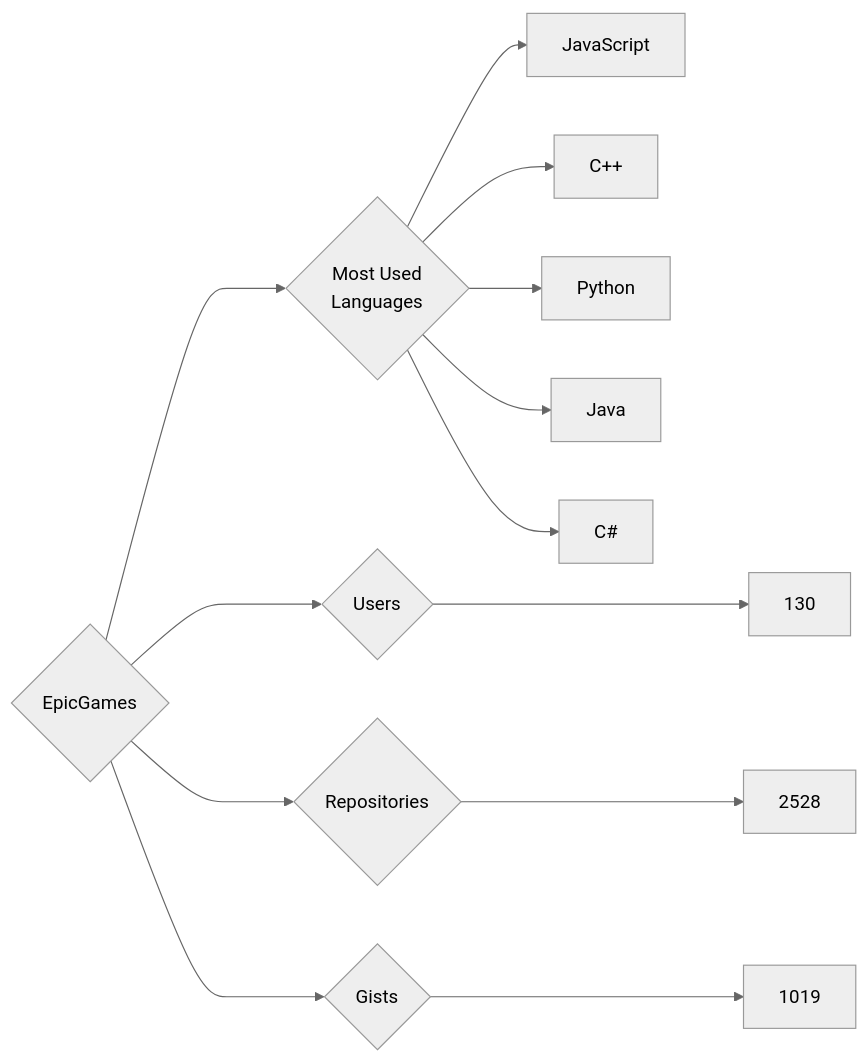
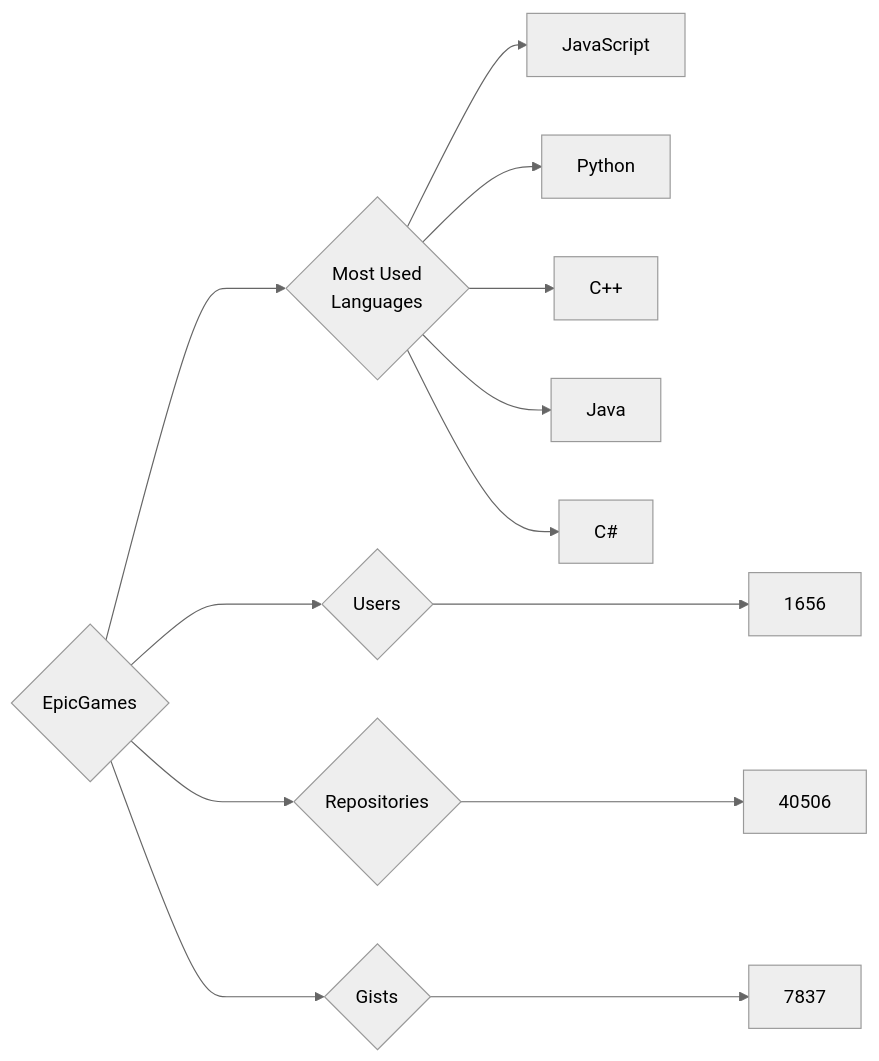
The diagram in targets/EpicGames/README.md (trickest/insiders), drawn with Mermaid (neutral theme) before and after one commit. The commit also changed 878 other files, not shown here.

````diff
--- a/targets/EpicGames/README.md
+++ b/targets/EpicGames/README.md
@@ -3,13 +3,13 @@
 ```mermaid
 graph LR
 COMPANY_NAME{EpicGames}
-COMPANY_NAME ---> U{Users} ---> UN[130]
-COMPANY_NAME ---> R{Repositories} ---> RN[2528]
-COMPANY_NAME ---> G{Gists} ---> GN[1019]
+COMPANY_NAME ---> U{Users} ---> UN[1656]
+COMPANY_NAME ---> R{Repositories} ---> RN[40506]
+COMPANY_NAME ---> G{Gists} ---> GN[7837]
 COMPANY_NAME ---> ML{Most Used<br>Languages}
 ML --> JavaScript[JavaScript]
+ML --> Python[Python]
 ML --> C++[C++]
-ML --> Python[Python]
 ML --> Java[Java]
 ML --> C#[C#]
 ```
````
